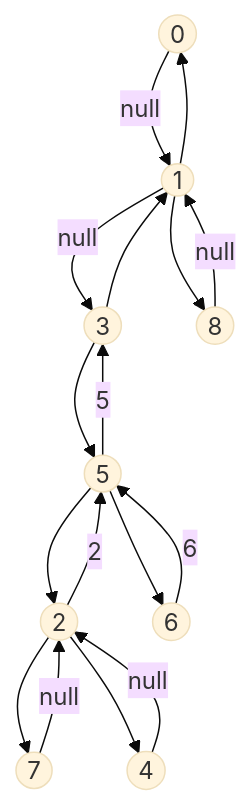
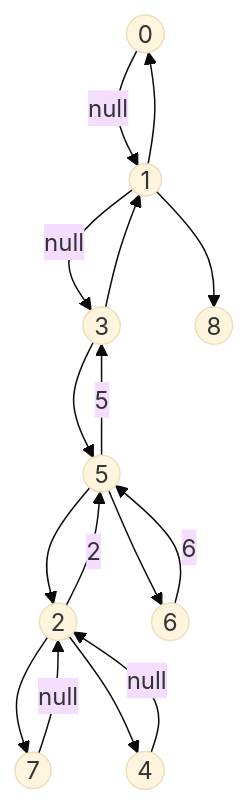
Before and after one commit to Katherine-Deng/notes: the eighth of 8 diagrams in source/_posts/Tree-and-Tree-Traversal.md, drawn with Mermaid (base theme). The commit also changed other lines of this file and 7 other files, not shown here.

```diff
--- a/source/_posts/Tree-and-Tree-Traversal.md
+++ b/source/_posts/Tree-and-Tree-Traversal.md
@@ -1112,18 +1342,17 @@
 {% mermaid graph TD %}
     3((3)) --> 5((5))
     5 --> 6((6))
     5 --> 2((2))
     2 --> 7((7))
     2 --> 4((4))
     3 --> 1((1))
     1 --> 0((0))
     1 --> 8((8))
     7 -- null --> 2
     4 -- null --> 2
     2 -- 2 --> 5
     6 -- 6 --> 5
     5 -- 5 --> 3
     1 -- null --> 3
     0 -- null --> 1
-    8 -- null --> 1
 {% endmermaid %}
```
